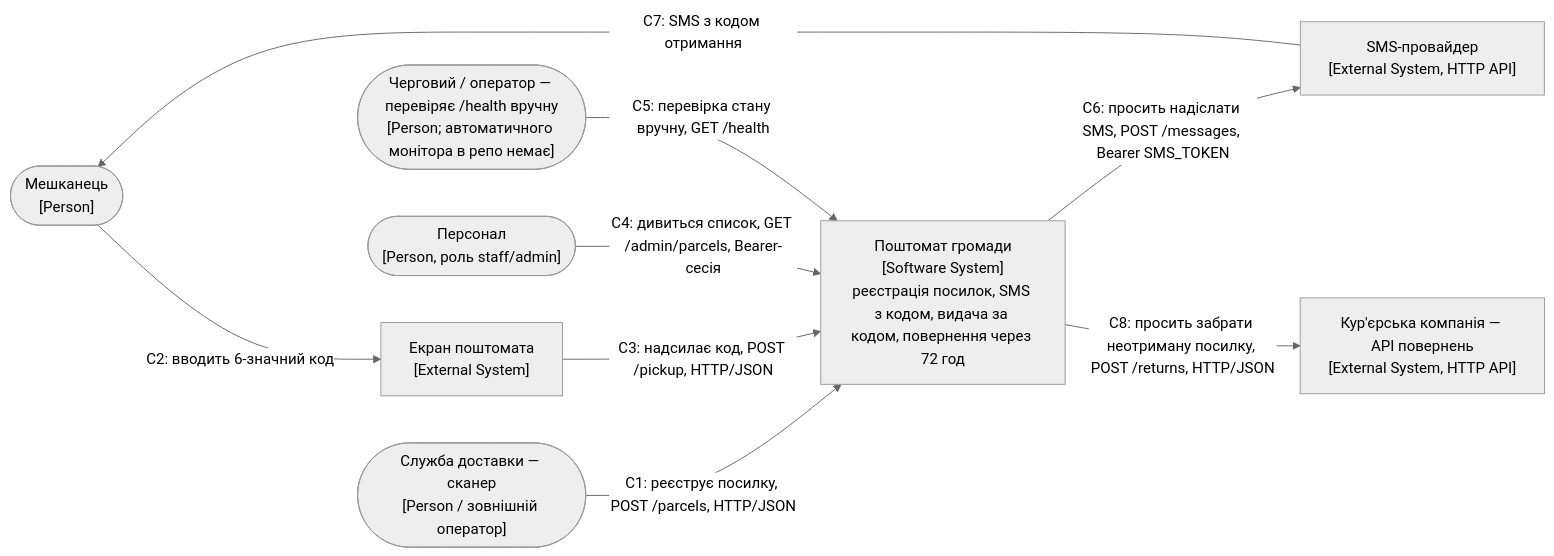
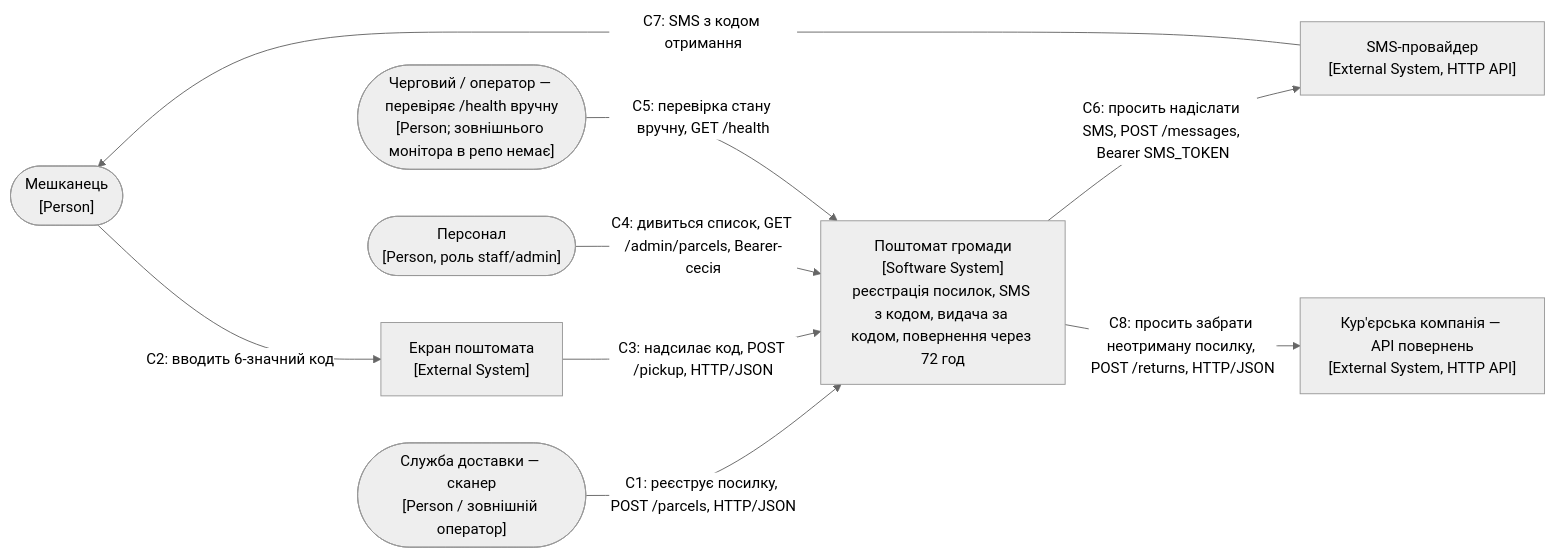
The first of 2 diagrams in docs/architecture.md (koldovsky/2026-udc-11-architecture-devops-hw), drawn with Mermaid (neutral theme) before and after one commit. The commit also changed other lines of this file and 4 other files, not shown here.

````diff
--- a/docs/architecture.md
+++ b/docs/architecture.md
@@ -13,22 +13,22 @@
 ```mermaid
 flowchart LR
   resident(["Мешканець<br/>[Person]"])
   delivery(["Служба доставки — сканер<br/>[Person / зовнішній оператор]"])
   staff(["Персонал<br/>[Person, роль staff/admin]"])
   screen["Екран поштомата<br/>[External System]"]
-  monitor(["Черговий / оператор — перевіряє /health вручну<br/>[Person; автоматичного монітора в репо немає]"])
+  monitor(["Черговий / оператор — перевіряє /health вручну<br/>[Person; зовнішнього монітора в репо немає]"])
 
   system["Поштомат громади<br/>[Software System]<br/>реєстрація посилок, SMS з кодом, видача за кодом, повернення через 72 год"]
 
   sms["SMS-провайдер<br/>[External System, HTTP API]"]
   courier["Кур'єрська компанія — API повернень<br/>[External System, HTTP API]"]
 
   delivery -->|"C1: реєструє посилку, POST /parcels, HTTP/JSON"| system
   resident -->|"C2: вводить 6-значний код"| screen
   screen -->|"C3: надсилає код, POST /pickup, HTTP/JSON"| system
   staff -->|"C4: дивиться список, GET /admin/parcels, Bearer-сесія"| system
   monitor -->|"C5: перевірка стану вручну, GET /health"| system
   system -->|"C6: просить надіслати SMS, POST /messages, Bearer SMS_TOKEN"| sms
   sms -->|"C7: SMS з кодом отримання"| resident
   system -->|"C8: просить забрати неотриману посилку, POST /returns, HTTP/JSON"| courier
 ```
````
